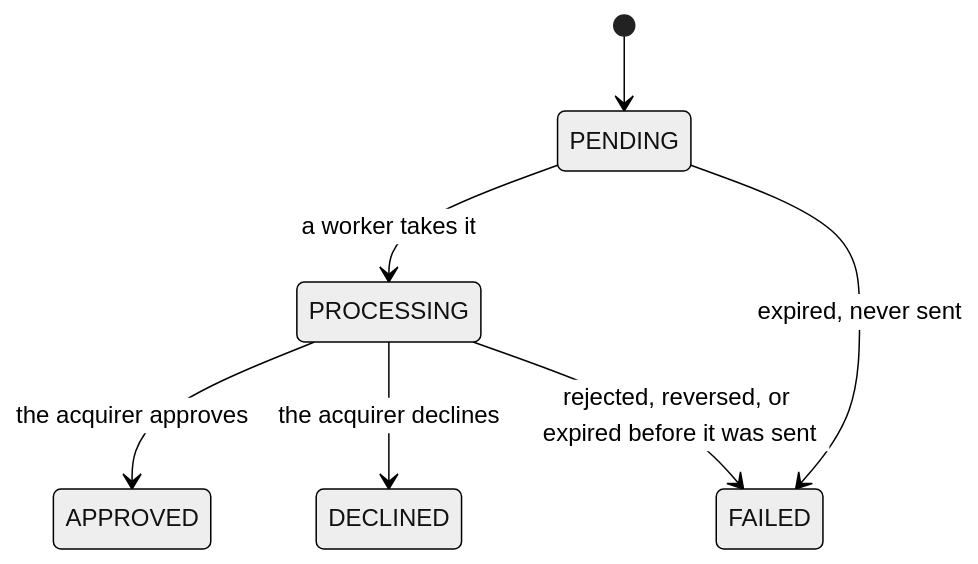
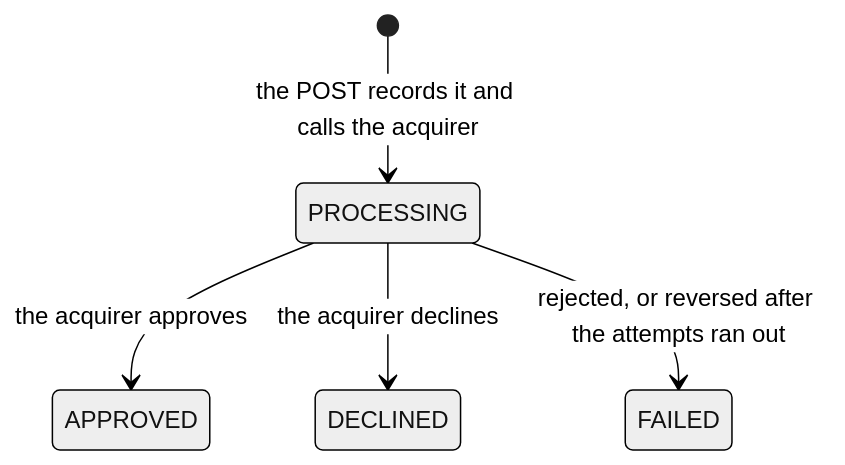
The diagram in docs/prd.md (OscarNunezU/payment-processing-service), drawn with Mermaid (neutral theme) before and after one commit. The commit also changed other lines of this file and 1 other file, not shown here.

````diff
--- a/docs/prd.md
+++ b/docs/prd.md
@@ -133,9 +137,7 @@
 ```mermaid
 stateDiagram-v2
-    [*] --> PENDING
-    PENDING --> PROCESSING: a worker takes it
-    PENDING --> FAILED: expired, never sent
+    [*] --> PROCESSING: the POST records it and calls the acquirer
     PROCESSING --> APPROVED: the acquirer approves
     PROCESSING --> DECLINED: the acquirer declines
-    PROCESSING --> FAILED: rejected, reversed, or expired before it was sent
+    PROCESSING --> FAILED: rejected, or reversed after the attempts ran out
 ```
````
